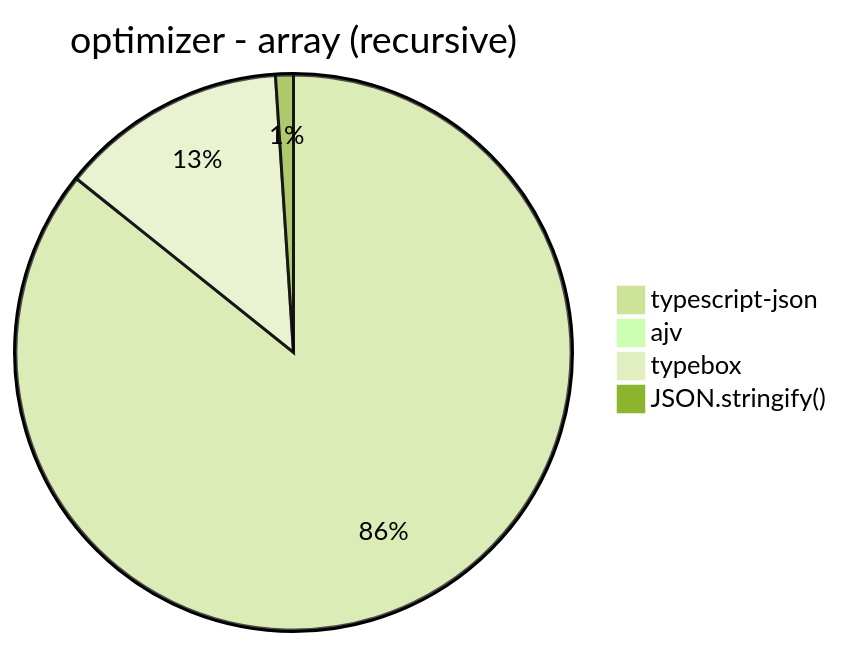
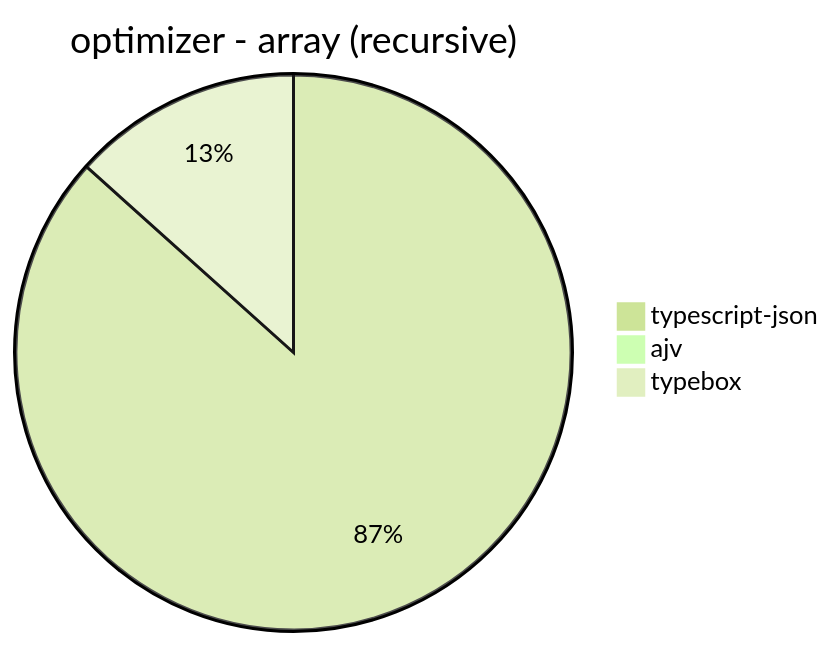
Diagram 29 of 39 in benchmark/results/AMD Ryzen 7 5800H with Radeon Graphics.md (samchon/typia), drawn with Mermaid (forest theme) before and after one commit. The commit also changed other lines of this file and 21 other files, not shown here.

````diff
--- a/benchmark/results/AMD Ryzen 7 5800H with Radeon Graphics.md
+++ b/benchmark/results/AMD Ryzen 7 5800H with Radeon Graphics.md
@@ -355,7 +351,6 @@
 ```mermaid
 pie title optimizer - array (recursive)
   "typescript-json": 5423.8327023616375
   "ajv": 9.174311926605505
   "typebox": 835.9563043880763
-  "JSON.stringify()": 65.5402896398069
 ```
````
